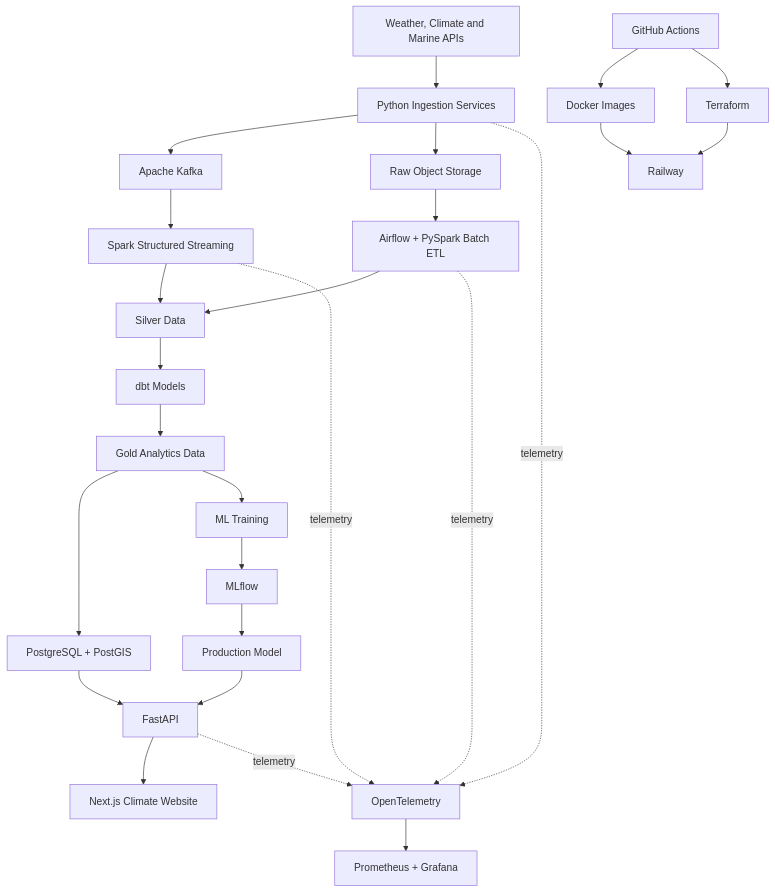
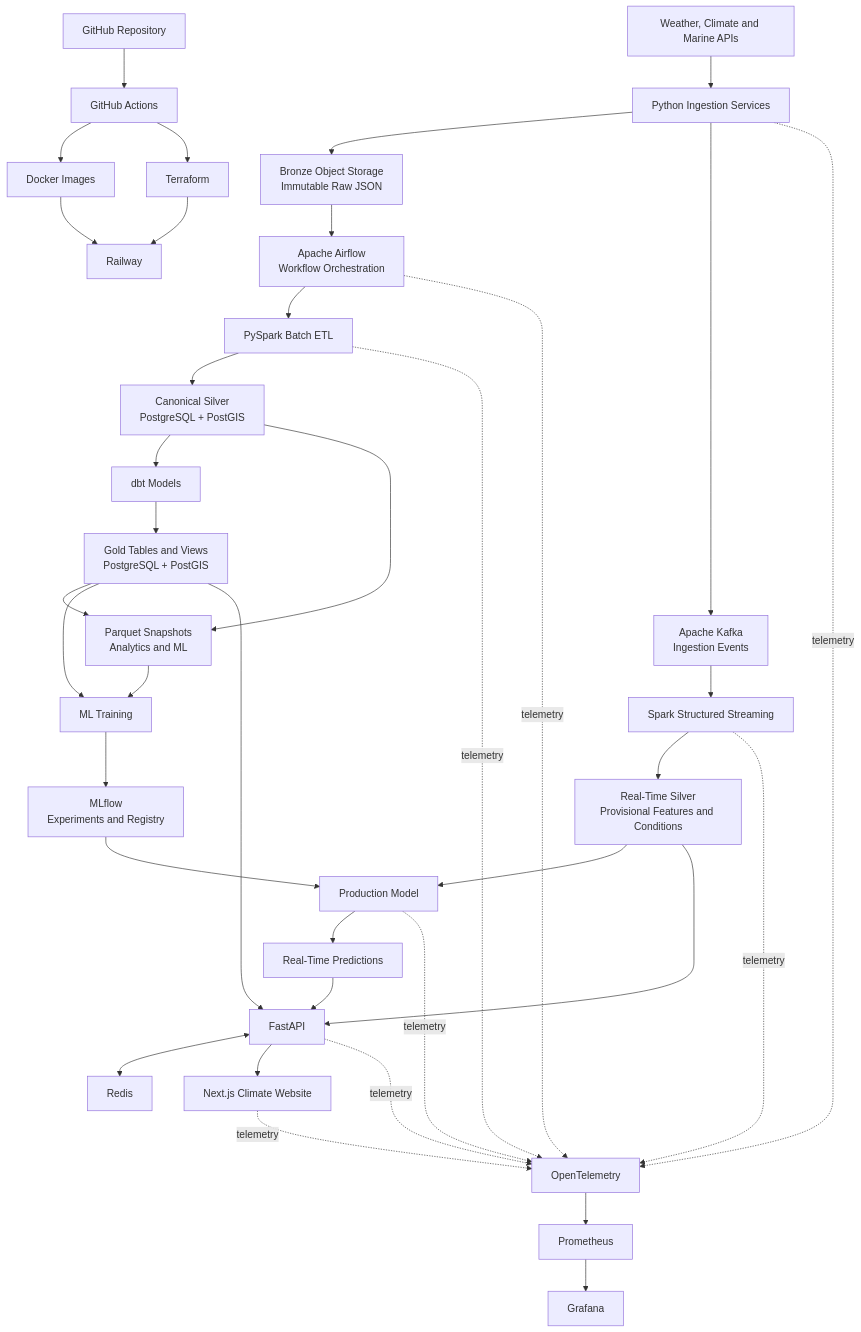
The diagram in docs/architecture/overview.md (MrTommyt/clima-santa-marta), drawn with Mermaid before and after one commit. The commit also changed other lines of this file and 8 other files, not shown here.

Commit message:
docs: datasource matrix, adr and decision changes to the architecture

````diff
--- a/docs/architecture/overview.md
+++ b/docs/architecture/overview.md
@@ -12,66 +18,104 @@
 ```mermaid
 flowchart TB
+    %% Data sources and ingestion
     Sources["Weather, Climate and Marine APIs"]
     Ingestion["Python Ingestion Services"]
 
-    Kafka["Apache Kafka"]
-    Raw["Raw Object Storage"]
+    %% Bronze and event transport
+    Bronze["Bronze Object Storage<br/>Immutable Raw JSON"]
+    Kafka["Apache Kafka<br/>Ingestion Events"]
 
-    Streaming["Spark Structured Streaming"]
-    Batch["Airflow + PySpark Batch ETL"]
+    %% Real-time path
+    SparkStreaming["Spark Structured Streaming"]
+    RealtimeSilver["Real-Time Silver<br/>Provisional Features and Conditions"]
 
-    Silver["Silver Data"]
+    %% Canonical batch path
+    Airflow["Apache Airflow<br/>Workflow Orchestration"]
+    SparkBatch["PySpark Batch ETL"]
+    CanonicalSilver["Canonical Silver<br/>PostgreSQL + PostGIS"]
+
+    %% Analytical layer
     dbt["dbt Models"]
-    Gold["Gold Analytics Data"]
+    Gold["Gold Tables and Views<br/>PostgreSQL + PostGIS"]
+    Parquet["Parquet Snapshots<br/>Analytics and ML"]
 
-    Postgres["PostgreSQL + PostGIS"]
-    ML["ML Training"]
-    MLflow["MLflow"]
+    %% Machine learning
+    MLTraining["ML Training"]
+    MLflow["MLflow<br/>Experiments and Registry"]
     Model["Production Model"]
+    Predictions["Real-Time Predictions"]
 
+    %% Application
     API["FastAPI"]
+    Cache["Redis"]
     Web["Next.js Climate Website"]
 
-    GitHub["GitHub Actions"]
+    %% Delivery
+    GitHub["GitHub Repository"]
+    Actions["GitHub Actions"]
     Docker["Docker Images"]
     Terraform["Terraform"]
     Railway["Railway"]
 
+    %% Observability
     OTel["OpenTelemetry"]
-    Grafana["Prometheus + Grafana"]
+    Prometheus["Prometheus"]
+    Grafana["Grafana"]
 
+    %% Source ingestion
     Sources --> Ingestion
+    Ingestion --> Bronze
+    Ingestion --> Kafka
 
-    Ingestion --> Kafka
-    Ingestion --> Raw
+    %% Real-time processing
+    Kafka --> SparkStreaming
+    SparkStreaming --> RealtimeSilver
 
-    Kafka --> Streaming
-    Raw --> Batch
+    %% Canonical processing
+    Bronze --> Airflow
+    Airflow --> SparkBatch
+    SparkBatch --> CanonicalSilver
 
-    Streaming --> Silver
-    Batch --> Silver
-
-    Silver --> dbt
+    %% Analytical transformations
+    CanonicalSilver --> dbt
     dbt --> Gold
 
-    Gold --> Postgres
-    Gold --> ML
+    CanonicalSilver --> Parquet
+    Gold --> Parquet
 
-    ML --> MLflow
+    %% Model training and registration
+    Parquet --> MLTraining
+    Gold --> MLTraining
+    MLTraining --> MLflow
     MLflow --> Model
 
-    Postgres --> API
-    Model --> API
+    %% Real-time inference
+    RealtimeSilver --> Model
+    Model --> Predictions
+
+    %% Application serving
+    Gold --> API
+    RealtimeSilver --> API
+    Predictions --> API
+    API <--> Cache
     API --> Web
 
-    GitHub --> Docker
-    GitHub --> Terraform
+    %% CI/CD and deployment
+    GitHub --> Actions
+    Actions --> Docker
+    Actions --> Terraform
     Docker --> Railway
     Terraform --> Railway
 
-    Ingestion -. telemetry .-> OTel
-    Streaming -. telemetry .-> OTel
-    Batch -. telemetry .-> OTel
-    API -. telemetry .-> OTel
-    OTel --> Grafana
+    %% Observability
+    Ingestion -. "telemetry" .-> OTel
+    SparkStreaming -. "telemetry" .-> OTel
+    SparkBatch -. "telemetry" .-> OTel
+    Airflow -. "telemetry" .-> OTel
+    Model -. "telemetry" .-> OTel
+    API -. "telemetry" .-> OTel
+    Web -. "telemetry" .-> OTel
+
+    OTel --> Prometheus
+    Prometheus --> Grafana
 ```
````
